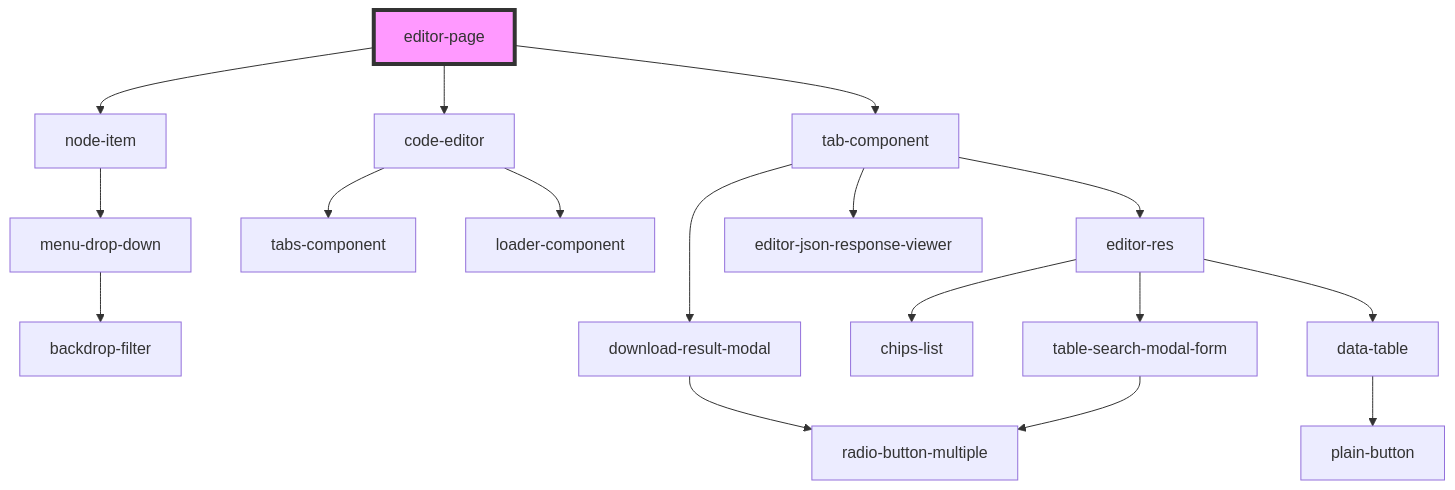
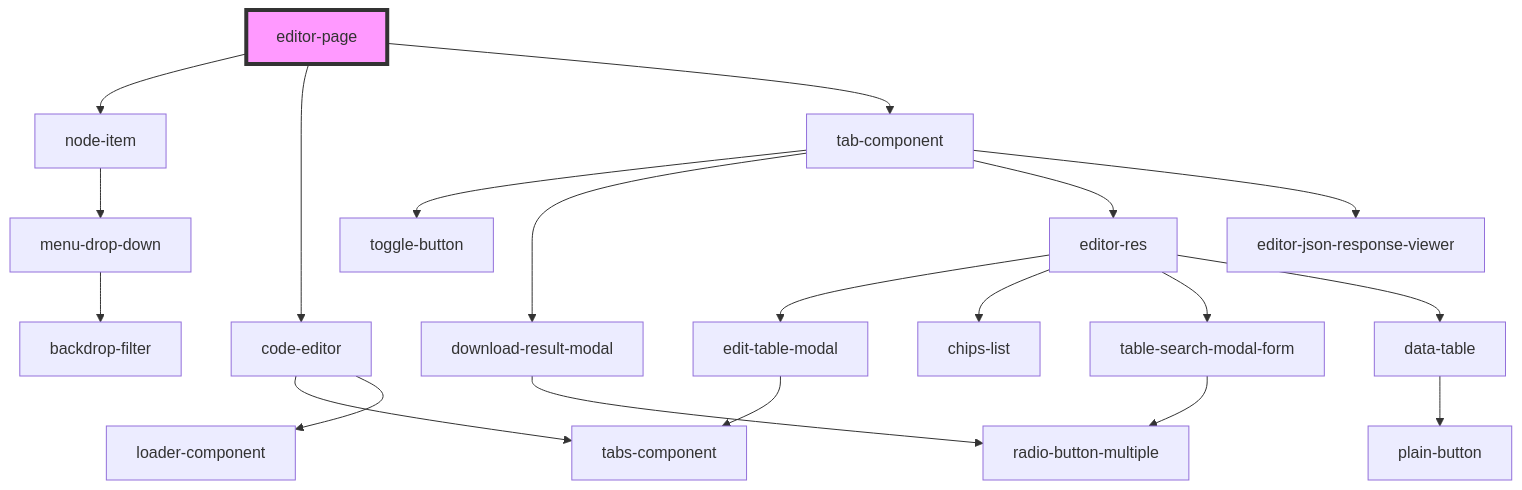
One commit to techvariable/NeptuneConnectComponents changed the diagram in src/components/editorPage/editor-page/readme.md. Above: the diagram before and after it, drawn with Mermaid. The commit also changed 24 other files, not shown here.

````diff
--- a/src/components/editorPage/editor-page/readme.md
+++ b/src/components/editorPage/editor-page/readme.md
@@ -24,20 +24,23 @@
 ```mermaid
 graph TD;
   editor-page --> node-item
   editor-page --> code-editor
   editor-page --> tab-component
   node-item --> menu-drop-down
   menu-drop-down --> backdrop-filter
   code-editor --> tabs-component
   code-editor --> loader-component
+  tab-component --> toggle-button
   tab-component --> download-result-modal
   tab-component --> editor-res
   tab-component --> editor-json-response-viewer
   download-result-modal --> radio-button-multiple
+  editor-res --> edit-table-modal
   editor-res --> chips-list
   editor-res --> table-search-modal-form
   editor-res --> data-table
+  edit-table-modal --> tabs-component
   table-search-modal-form --> radio-button-multiple
   data-table --> plain-button
   style editor-page fill:#f9f,stroke:#333,stroke-width:4px
 ```
````
